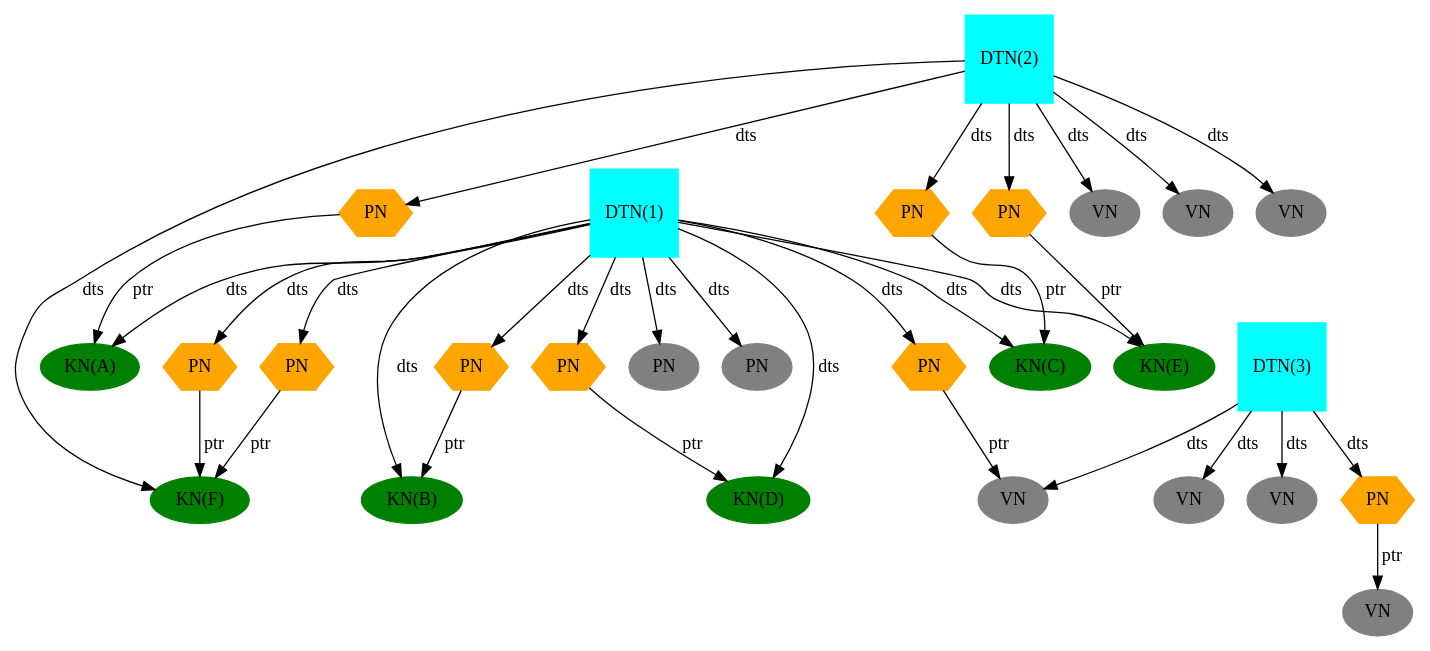
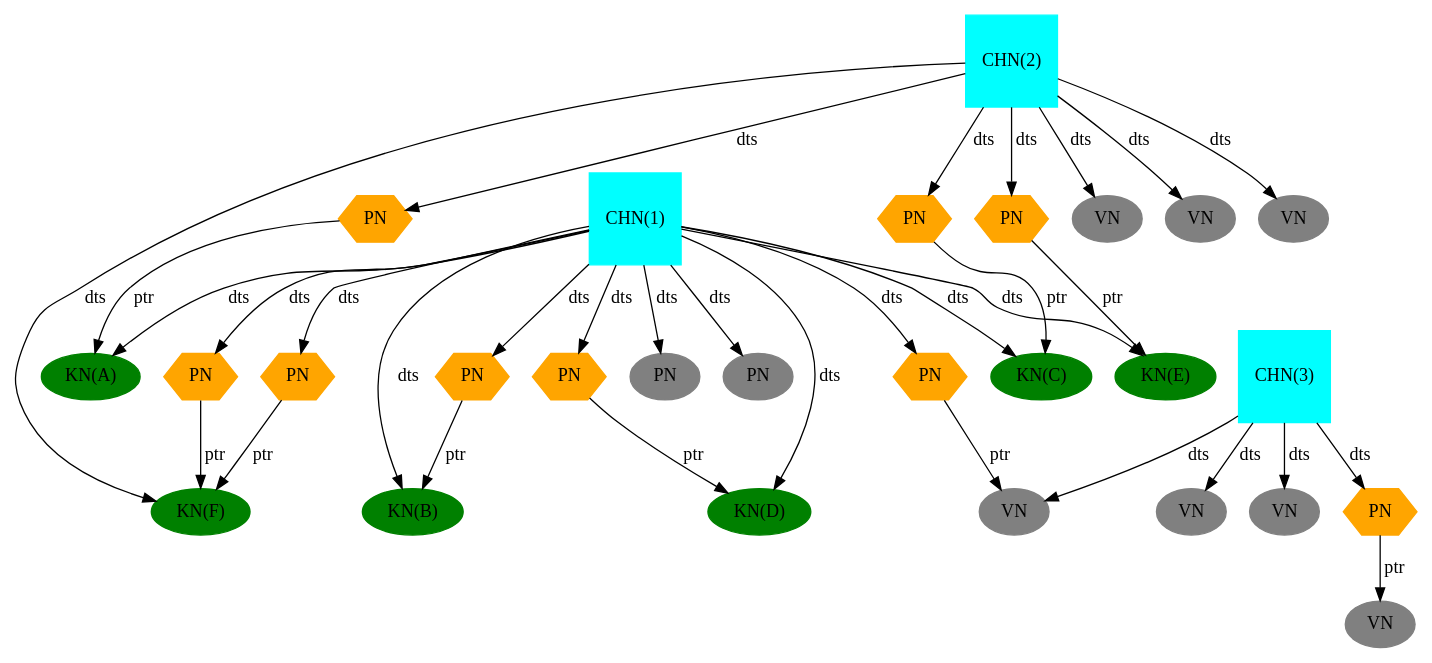
Before and after one commit to 0nyr/masterarbeit_report: the diagram in res/graphs/17016-1643962152_truncated_no_addresses.gv, drawn with Graphviz. The commit also changed 13 other files, not shown here.

Commit message:
Corrected example simplified graphs.

```diff
--- a/res/graphs/17016-1643962152_truncated_no_addresses.gv
+++ b/res/graphs/17016-1643962152_truncated_no_addresses.gv
@@ -1,70 +1,70 @@
 strict digraph "17016-1643962152" {
-	"DTN(0x558343d21d40)" [label="DTN(1)" color="cyan" style=filled shape=square];
-	"DTN(0x558343d1a448)" [label="DTN(2)" color="cyan" style=filled shape=square];
-	"DTN(0x558343d1a008)" [label="DTN(3)" color="cyan" style=filled shape=square];
+	"CHN(0x558343d21d40)" [label="CHN(1)" color="cyan" style=filled shape=square];
+	"CHN(0x558343d1a448)" [label="CHN(2)" color="cyan" style=filled shape=square];
+	"CHN(0x558343d1a008)" [label="CHN(3)" color="cyan" style=filled shape=square];
 	"PN(0x558343d204e8)" [label="PN" color="orange" style=filled shape=hexagon];
 	"PN(0x558343d2deb8)" [label="PN" color="orange" style=filled shape=hexagon];
 	"PN(0x558343d204e0)" [label="PN" color="orange" style=filled shape=hexagon];
 	"PN(0x558343d2deb0)" [label="PN" color="orange" style=filled shape=hexagon];
 	"PN(0x558343d2ded0)" [label="PN" color="orange" style=filled shape=hexagon];
 	"PN(0x558343d25f70)" [label="PN" color="orange" style=filled shape=hexagon];
 	"PN(0x558343d20500)" [label="PN" color="orange" style=filled shape=hexagon];
 	"VN(0x558343d21d48)" [label="PN" color="grey" style=filled];
 	"VN(0x558343d21d50)" [label="PN" color="grey" style=filled];
 
 	"VN(0x558343d1a450)" [label="VN" color="grey" style=filled];
 	"VN(0x558343d1a458)" [label="VN" color="grey" style=filled];
 	"VN(0x558343d1a460)" [label="VN" color="grey" style=filled];
 
 	"PN(0x558343d24ae8)" [label="PN" color="orange" style=filled shape=hexagon];
 	"VN(0x558343d1a010)" [label="VN" color="grey" style=filled];
 
 	"VN(0x558343d1a018)" [label="VN" color="grey" style=filled];
 	"VN(0x558343d1a020)" [label="VN" color="grey" style=filled];
 	"PN(0x558343d1a240)" [label="PN" color="orange" style=filled shape=hexagon];
 	"VN(0x558343d20680)" [label="VN" color="grey" style=filled];
 
 	"KN_KEY_A(0x558343d29460)" [label="KN(A)" color="green" style=filled];
 	"KN_KEY_B(0x558343d2b960)" [label="KN(B)" color="green" style=filled];
 	"KN_KEY_C(0x558343d29080)" [label="KN(C)" color="green" style=filled];
 	"KN_KEY_D(0x558343d294c0)" [label="KN(D)" color="green" style=filled];
 	"KN_KEY_E(0x558343d28a80)" [label="KN(E)" color="green" style=filled];
 	"KN_KEY_F(0x558343d20e90)" [label="KN(F)" color="green" style=filled];
 
-	"DTN(0x558343d21d40)" -> "KN_KEY_A(0x558343d29460)" [label="dts" weight=1]
+	"CHN(0x558343d21d40)" -> "KN_KEY_A(0x558343d29460)" [label="dts" weight=1]
 	"PN(0x558343d204e8)" -> "KN_KEY_A(0x558343d29460)" [label="ptr" weight=1]
-	"DTN(0x558343d21d40)" -> "KN_KEY_B(0x558343d2b960)" [label="dts" weight=1]
+	"CHN(0x558343d21d40)" -> "KN_KEY_B(0x558343d2b960)" [label="dts" weight=1]
 	"PN(0x558343d2deb8)" -> "KN_KEY_B(0x558343d2b960)" [label="ptr" weight=1]
-	"DTN(0x558343d21d40)" -> "KN_KEY_C(0x558343d29080)" [label="dts" weight=1]
+	"CHN(0x558343d21d40)" -> "KN_KEY_C(0x558343d29080)" [label="dts" weight=1]
 	"PN(0x558343d204e0)" -> "KN_KEY_C(0x558343d29080)" [label="ptr" weight=1]
-	"DTN(0x558343d21d40)" -> "KN_KEY_D(0x558343d294c0)" [label="dts" weight=1]
+	"CHN(0x558343d21d40)" -> "KN_KEY_D(0x558343d294c0)" [label="dts" weight=1]
 	"PN(0x558343d2deb0)" -> "KN_KEY_D(0x558343d294c0)" [label="ptr" weight=1]
-	"DTN(0x558343d21d40)" -> "KN_KEY_E(0x558343d28a80)" [label="dts" weight=1]
+	"CHN(0x558343d21d40)" -> "KN_KEY_E(0x558343d28a80)" [label="dts" weight=1]
 	"PN(0x558343d20500)" -> "KN_KEY_E(0x558343d28a80)" [label="ptr" weight=1]
-	"DTN(0x558343d1a448)" -> "KN_KEY_F(0x558343d20e90)" [label="dts" weight=1]
+	"CHN(0x558343d1a448)" -> "KN_KEY_F(0x558343d20e90)" [label="dts" weight=1]
 	"PN(0x558343d2ded0)" -> "KN_KEY_F(0x558343d20e90)" [label="ptr" weight=1]
 	"PN(0x558343d25f70)" -> "KN_KEY_F(0x558343d20e90)" [label="ptr" weight=1]
 
-	"DTN(0x558343d1a448)" -> "PN(0x558343d204e8)" [label="dts" weight=1]
-	"DTN(0x558343d21d40)" -> "PN(0x558343d2deb8)" [label="dts" weight=1]
-	"DTN(0x558343d1a448)" -> "PN(0x558343d204e0)" [label="dts" weight=1]
-	"DTN(0x558343d21d40)" -> "PN(0x558343d2deb0)" [label="dts" weight=1]
-	"DTN(0x558343d21d40)" -> "PN(0x558343d2ded0)" [label="dts" weight=1]
-	"DTN(0x558343d21d40)" -> "PN(0x558343d25f70)" [label="dts" weight=1]
-	"DTN(0x558343d1a448)" -> "PN(0x558343d20500)" [label="dts" weight=1]
+	"CHN(0x558343d1a448)" -> "PN(0x558343d204e8)" [label="dts" weight=1]
+	"CHN(0x558343d21d40)" -> "PN(0x558343d2deb8)" [label="dts" weight=1]
+	"CHN(0x558343d1a448)" -> "PN(0x558343d204e0)" [label="dts" weight=1]
+	"CHN(0x558343d21d40)" -> "PN(0x558343d2deb0)" [label="dts" weight=1]
+	"CHN(0x558343d21d40)" -> "PN(0x558343d2ded0)" [label="dts" weight=1]
+	"CHN(0x558343d21d40)" -> "PN(0x558343d25f70)" [label="dts" weight=1]
+	"CHN(0x558343d1a448)" -> "PN(0x558343d20500)" [label="dts" weight=1]
 
-    "DTN(0x558343d21d40)" -> "VN(0x558343d21d48)" [label="dts" weight=1]
-    "DTN(0x558343d21d40)" -> "VN(0x558343d21d50)" [label="dts" weight=1]
-	"DTN(0x558343d1a448)" -> "VN(0x558343d1a450)" [label="dts" weight=1]
-    "DTN(0x558343d1a448)" -> "VN(0x558343d1a458)" [label="dts" weight=1]
-    "DTN(0x558343d1a448)" -> "VN(0x558343d1a460)" [label="dts" weight=1]
+    "CHN(0x558343d21d40)" -> "VN(0x558343d21d48)" [label="dts" weight=1]
+    "CHN(0x558343d21d40)" -> "VN(0x558343d21d50)" [label="dts" weight=1]
+	"CHN(0x558343d1a448)" -> "VN(0x558343d1a450)" [label="dts" weight=1]
+    "CHN(0x558343d1a448)" -> "VN(0x558343d1a458)" [label="dts" weight=1]
+    "CHN(0x558343d1a448)" -> "VN(0x558343d1a460)" [label="dts" weight=1]
 
-	"DTN(0x558343d21d40)" -> "PN(0x558343d24ae8)" [label="dts" weight=1]
+	"CHN(0x558343d21d40)" -> "PN(0x558343d24ae8)" [label="dts" weight=1]
 	"PN(0x558343d24ae8)" -> "VN(0x558343d1a010)" [label="ptr" weight=1]
 
-	"DTN(0x558343d1a008)" -> "VN(0x558343d1a010)" [label="dts" weight=1]
-    "DTN(0x558343d1a008)" -> "VN(0x558343d1a018)" [label="dts" weight=1]
-    "DTN(0x558343d1a008)" -> "VN(0x558343d1a020)" [label="dts" weight=1]
-    "DTN(0x558343d1a008)" -> "PN(0x558343d1a240)" [label="dts" weight=1]
+	"CHN(0x558343d1a008)" -> "VN(0x558343d1a010)" [label="dts" weight=1]
+    "CHN(0x558343d1a008)" -> "VN(0x558343d1a018)" [label="dts" weight=1]
+    "CHN(0x558343d1a008)" -> "VN(0x558343d1a020)" [label="dts" weight=1]
+    "CHN(0x558343d1a008)" -> "PN(0x558343d1a240)" [label="dts" weight=1]
 	"PN(0x558343d1a240)" -> "VN(0x558343d20680)" [label="ptr" weight=1]
 }
```
